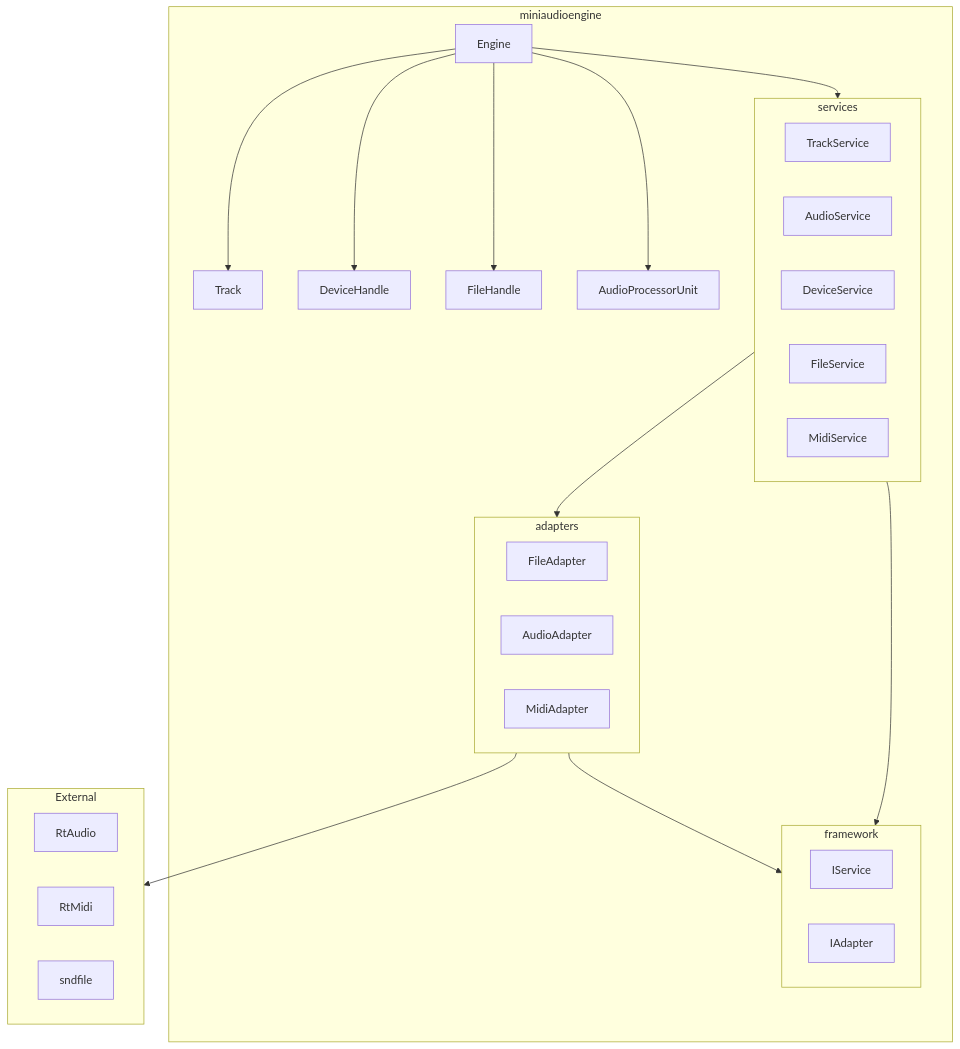
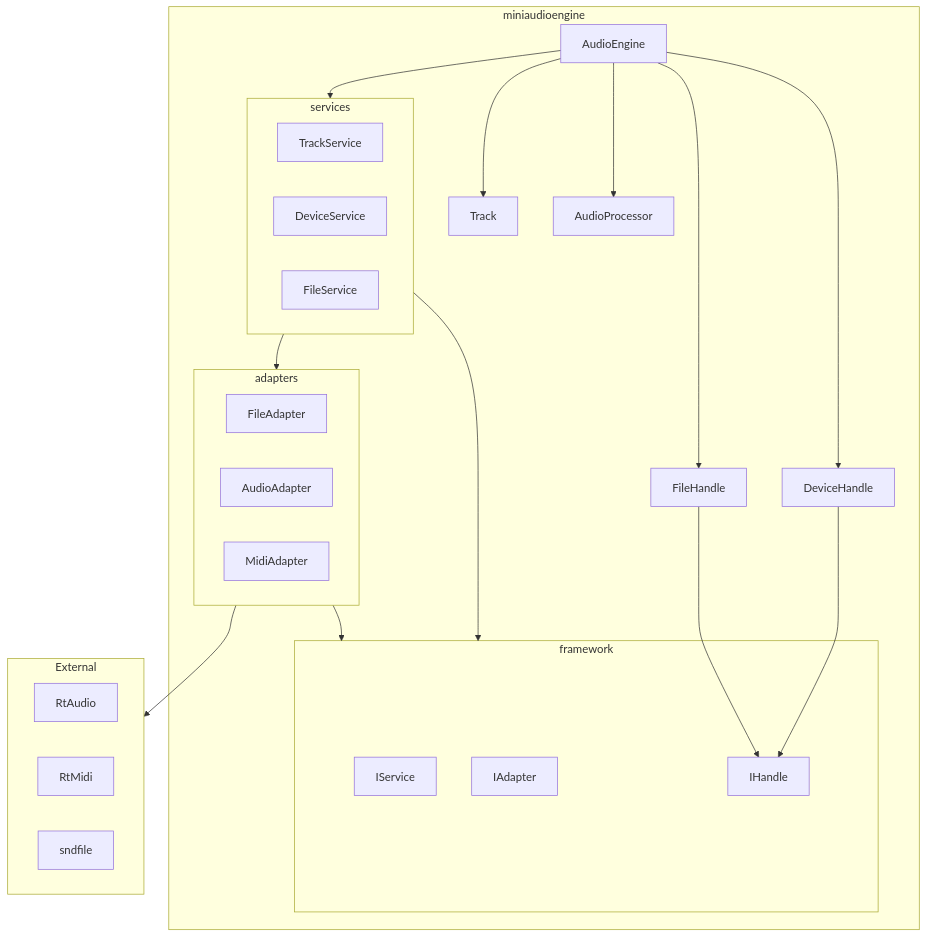
Before and after one commit to aidan-clyens/miniaudioengine: diagram 17 of 29 in docs/DESIGN_DOC.md, drawn with Mermaid. The commit also changed other lines of this file and 9 other files, not shown here.

````diff
--- a/docs/DESIGN_DOC.md
+++ b/docs/DESIGN_DOC.md
@@ -693,47 +672,50 @@
 ```mermaid
 graph TD
     subgraph miniaudioengine
 
-        Engine
+        AudioEngine
         Track
         DeviceHandle
         FileHandle
-        AudioProcessorUnit
+        AudioProcessor
 
         subgraph framework
             IService
             IAdapter
+            IHandle
         end
 
         subgraph services
             TrackService
-            AudioService
             DeviceService
             FileService
-            MidiService
         end
 
         subgraph adapters
             FileAdapter
             AudioAdapter
             MidiAdapter
         end
 
     end
 
     subgraph External
         RtAudio
         RtMidi
         sndfile
     end
 
-    Engine --> services
-    Engine --> Track
-    Engine --> DeviceHandle
-    Engine --> FileHandle
-    Engine --> AudioProcessorUnit
+    AudioEngine --> services
+    AudioEngine --> Track
+    AudioEngine --> DeviceHandle
+    AudioEngine --> FileHandle
+    AudioEngine --> AudioProcessor
+
+    DeviceHandle --> IHandle
+    FileHandle --> IHandle
+
     services --> adapters
     adapters --> External
     services --> framework
     adapters --> framework
 ```
````
